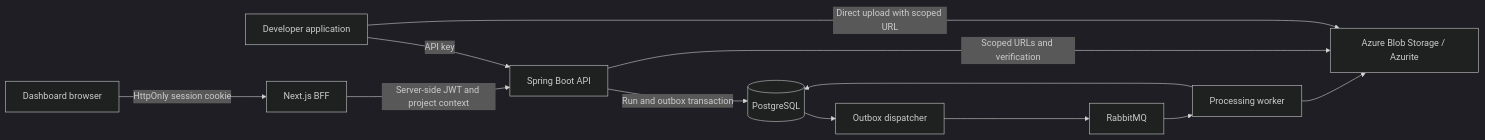
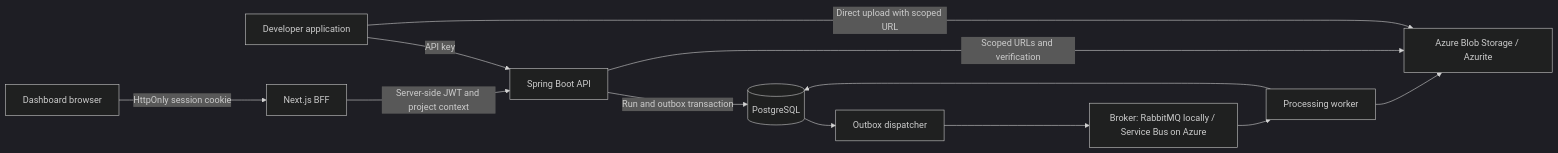
The diagram in README.md (sluice-hq/sluice), drawn with Mermaid (dark theme) before and after one commit. The commit also changed other lines of this file and 28 other files, not shown here.

First line of the commit message:
feat(messaging): add Azure Service Bus execution

````diff
--- a/README.md
+++ b/README.md
@@ -27,14 +27,14 @@
 ```mermaid
 flowchart LR
     App[Developer application] -->|API key| API[Spring Boot API]
     Browser[Dashboard browser] -->|HttpOnly session cookie| BFF[Next.js BFF]
     BFF -->|Server-side JWT and project context| API
     API -->|Run and outbox transaction| DB[(PostgreSQL)]
     DB --> Dispatcher[Outbox dispatcher]
-    Dispatcher --> Queue[RabbitMQ]
+    Dispatcher --> Queue[Broker: RabbitMQ locally / Service Bus on Azure]
     Queue --> Worker[Processing worker]
     API -->|Scoped URLs and verification| Blob[Azure Blob Storage / Azurite]
     App -->|Direct upload with scoped URL| Blob
     Worker --> Blob
     Worker --> DB
 ```
````
